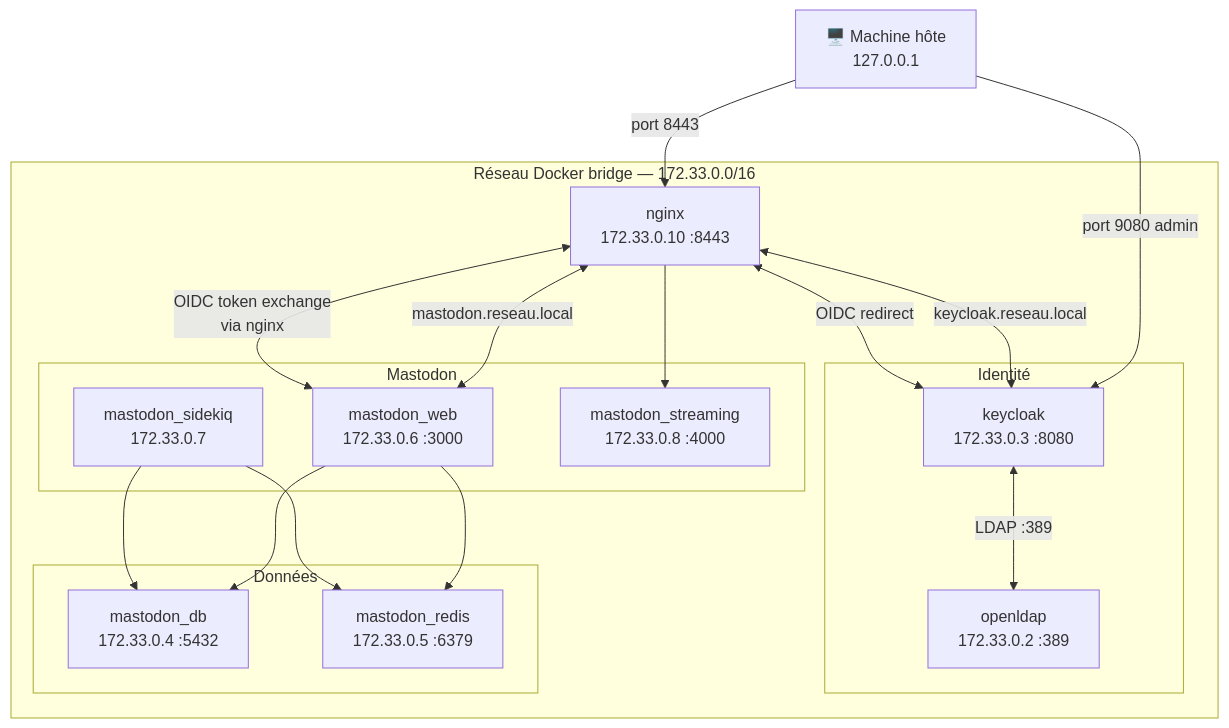
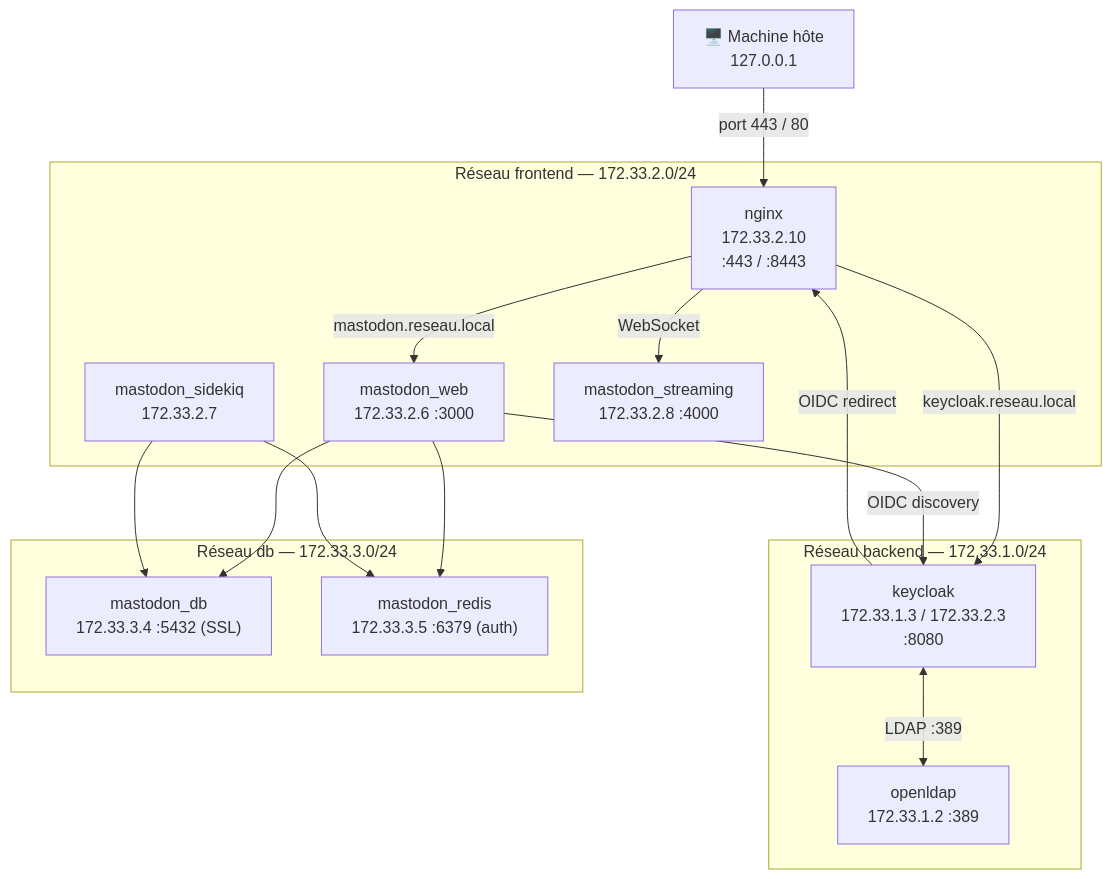
The diagram in diagrams/06-reseau-docker.md (lucmon-masi/projet-reseau), drawn with Mermaid before and after one commit. The commit also changed 21 other files, not shown here.

````diff
--- a/diagrams/06-reseau-docker.md
+++ b/diagrams/06-reseau-docker.md
@@ -1,41 +1,36 @@
 ```mermaid
 graph TB
     Host["🖥️ Machine hôte<br/>127.0.0.1"]
 
-    subgraph Net["Réseau Docker bridge — 172.33.0.0/16"]
-        N["nginx<br/>172.33.0.10 :8443"]
+    Host -->|"port 443 / 80"| N
 
-        subgraph IAM["Identité"]
-            KC["keycloak<br/>172.33.0.3 :8080"]
-            LDAP["openldap<br/>172.33.0.2 :389"]
-        end
-
-        subgraph App["Mastodon"]
-            WEB["mastodon_web<br/>172.33.0.6 :3000"]
-            SID["mastodon_sidekiq<br/>172.33.0.7"]
-            STR["mastodon_streaming<br/>172.33.0.8 :4000"]
-        end
-
-        subgraph Data["Données"]
-            DB["mastodon_db<br/>172.33.0.4 :5432"]
-            RED["mastodon_redis<br/>172.33.0.5 :6379"]
-        end
+    subgraph Backend["Réseau backend — 172.33.1.0/24"]
+        KC["keycloak<br/>172.33.1.3 / 172.33.2.3<br/>:8080"]
+        LDAP["openldap<br/>172.33.1.2 :389"]
+        KC <-->|"LDAP :389"| LDAP
     end
 
-    Host -->|"port 8443"| N
-    Host -->|"port 9080 admin"| KC
+    subgraph Frontend["Réseau frontend — 172.33.2.0/24"]
+        N["nginx<br/>172.33.2.10<br/>:443 / :8443"]
+        WEB["mastodon_web<br/>172.33.2.6 :3000"]
+        SID["mastodon_sidekiq<br/>172.33.2.7"]
+        STR["mastodon_streaming<br/>172.33.2.8 :4000"]
+    end
 
-    N <-->|"mastodon.reseau.local"| WEB
-    N <-->|"keycloak.reseau.local"| KC
-    N --> STR
+    subgraph DB["Réseau db — 172.33.3.0/24"]
+        PG["mastodon_db<br/>172.33.3.4 :5432 (SSL)"]
+        RED["mastodon_redis<br/>172.33.3.5 :6379 (auth)"]
+    end
 
-    KC <-->|"LDAP :389"| LDAP
-    KC <-->|"OIDC redirect"| N
+    N -->|"mastodon.reseau.local"| WEB
+    N -->|"keycloak.reseau.local"| KC
+    N -->|"WebSocket"| STR
 
-    WEB <-->|"OIDC token exchange<br/>via nginx"| N
+    WEB -->|"OIDC discovery"| KC
+    KC -->|"OIDC redirect"| N
 
-    WEB --> DB
+    WEB --> PG
     WEB --> RED
-    SID --> DB
+    SID --> PG
     SID --> RED
 ```
````
